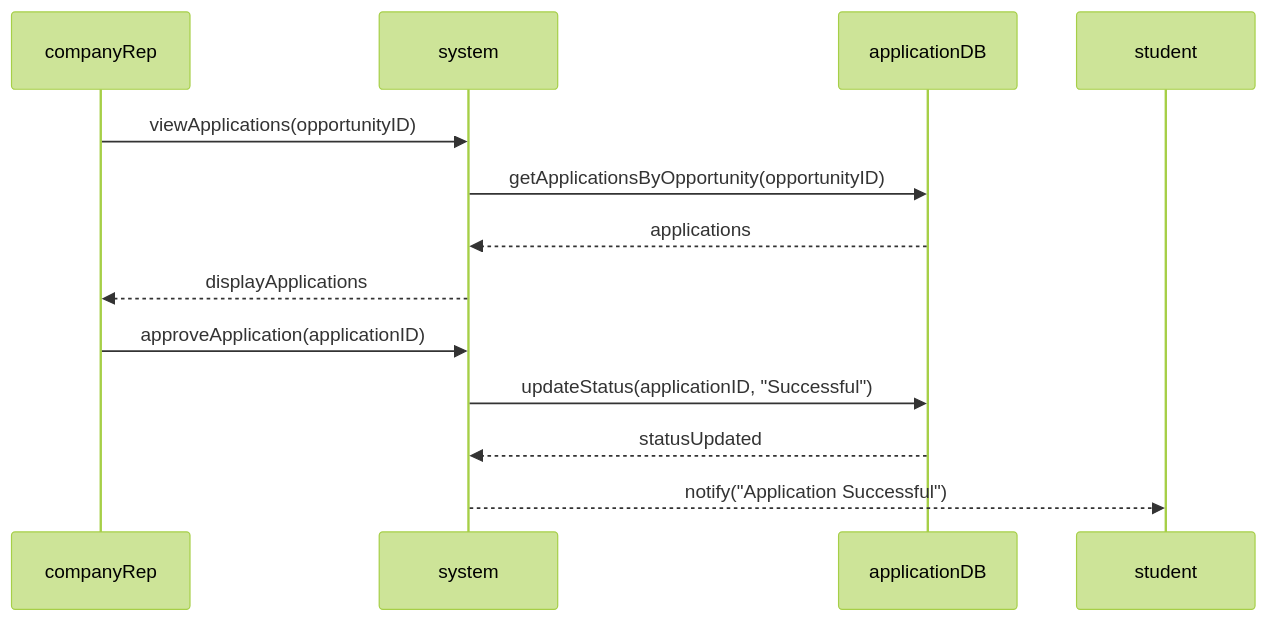
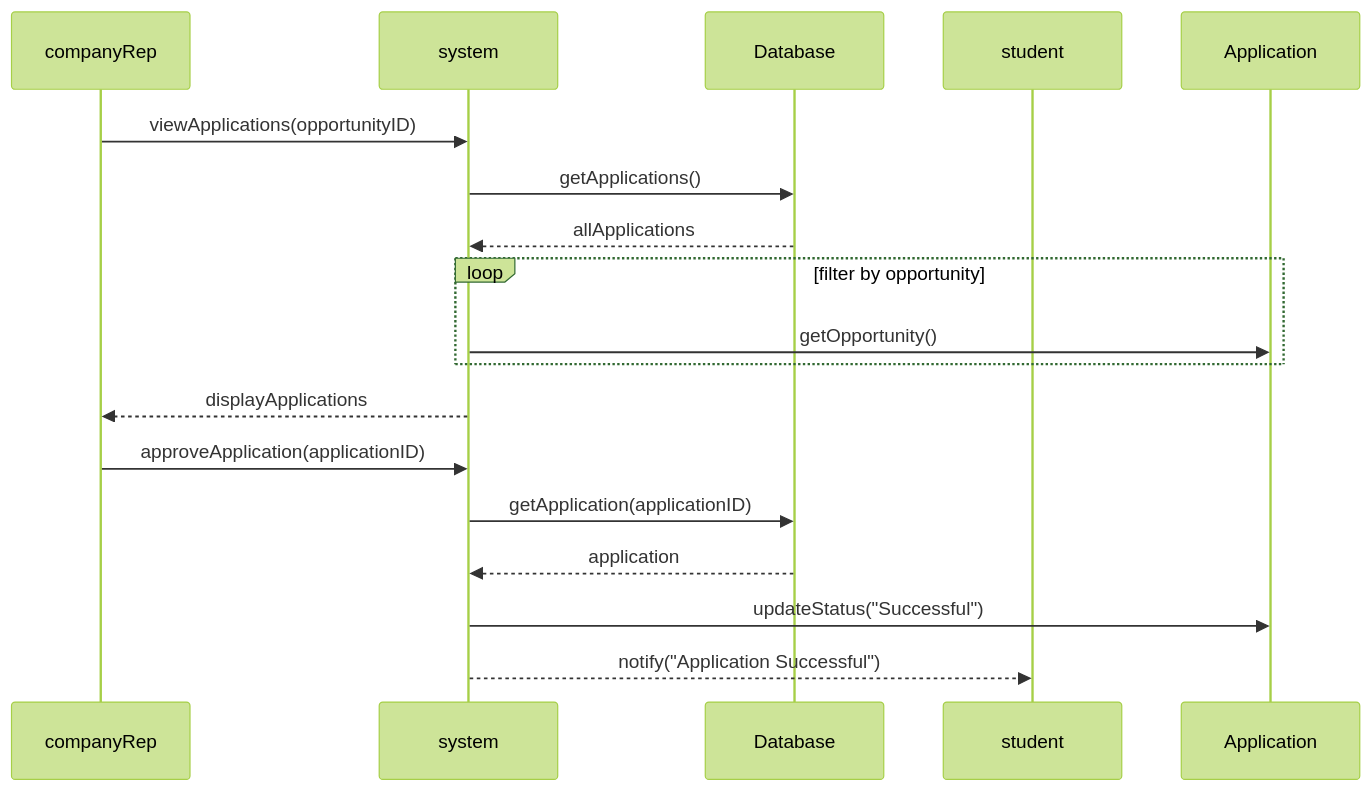
Before and after one commit to AY25-26-Sem-1-SC2002-SDDA-Group-1/sc2002-oop-assignment: the seventh of 8 diagrams in README.md, drawn with Mermaid (forest theme). The commit also changed other lines of this file, not shown here.

Commit message:
Updated UML diagrams with helper I/O Class

````diff
--- a/README.md
+++ b/README.md
@@ -314,19 +439,22 @@
 ```mermaid
 sequenceDiagram
     participant companyRep
     participant system
-    participant applicationDB
+    participant Database
     participant student
 
     companyRep->>system: viewApplications(opportunityID)
-    system->>applicationDB: getApplicationsByOpportunity(opportunityID)
-    applicationDB-->>system: applications
+    system->>Database: getApplications()
+    Database-->>system: allApplications
+    loop filter by opportunity
+        system->>Application: getOpportunity()
+    end
     system-->>companyRep: displayApplications
 
     companyRep->>system: approveApplication(applicationID)
-    system->>applicationDB: updateStatus(applicationID, "Successful")
-    applicationDB-->>system: statusUpdated
-
+    system->>Database: getApplication(applicationID)
+    Database-->>system: application
+    system->>Application: updateStatus("Successful")
     system-->>student: notify("Application Successful")
 
 ```
````
